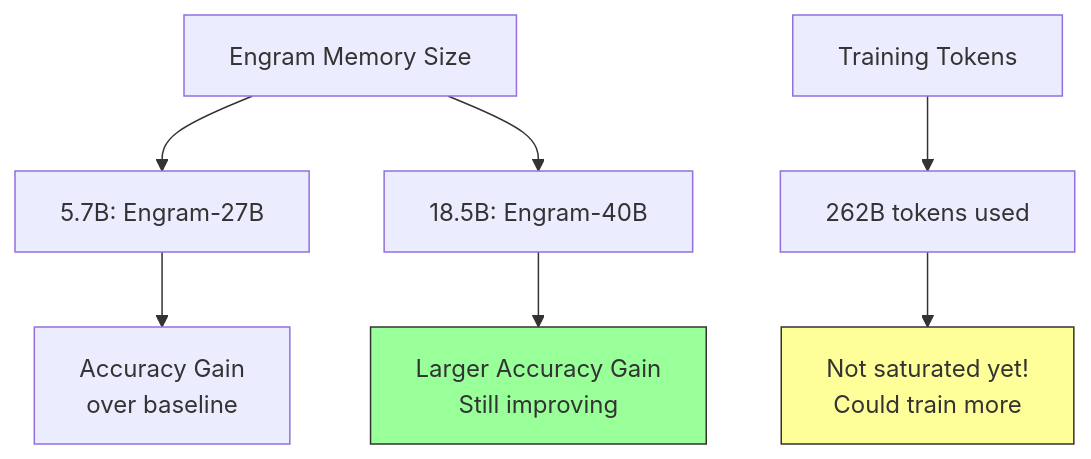
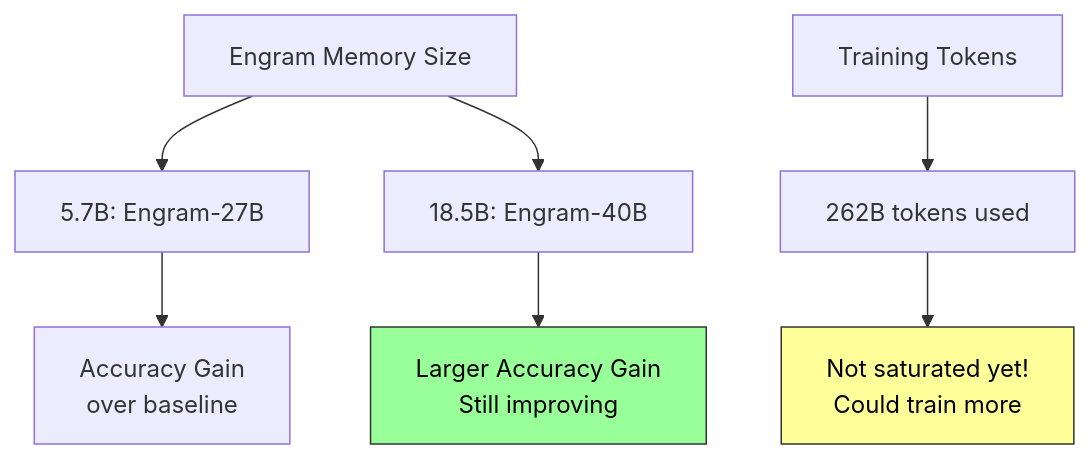
The ninth of 22 diagrams in Papers/Deepseek-Engram.md (rsrini7/Learnings), drawn with Mermaid before and after one commit. The commit also changed other lines of this file, not shown here.

Commit message:
mermaid diagram text color updated

````diff
--- a/Papers/Deepseek-Engram.md
+++ b/Papers/Deepseek-Engram.md
@@ -568,14 +567,14 @@
 ```mermaid
 graph TD
     A[Engram Memory Size] --> B[5.7B: Engram-27B]
     A --> C[18.5B: Engram-40B]
     
     B --> D[Accuracy Gain<br/>over baseline]
     C --> E[Larger Accuracy Gain<br/>Still improving]
     
     F[Training Tokens] --> G[262B tokens used]
     G --> H[Not saturated yet!<br/>Could train more]
     
-    style E fill:#9f9,stroke:#333
-    style H fill:#ff9,stroke:#333
+    style E fill:#9f9,stroke:#333,color:#000
+    style H fill:#ff9,stroke:#333,color:#000
 ```
````
